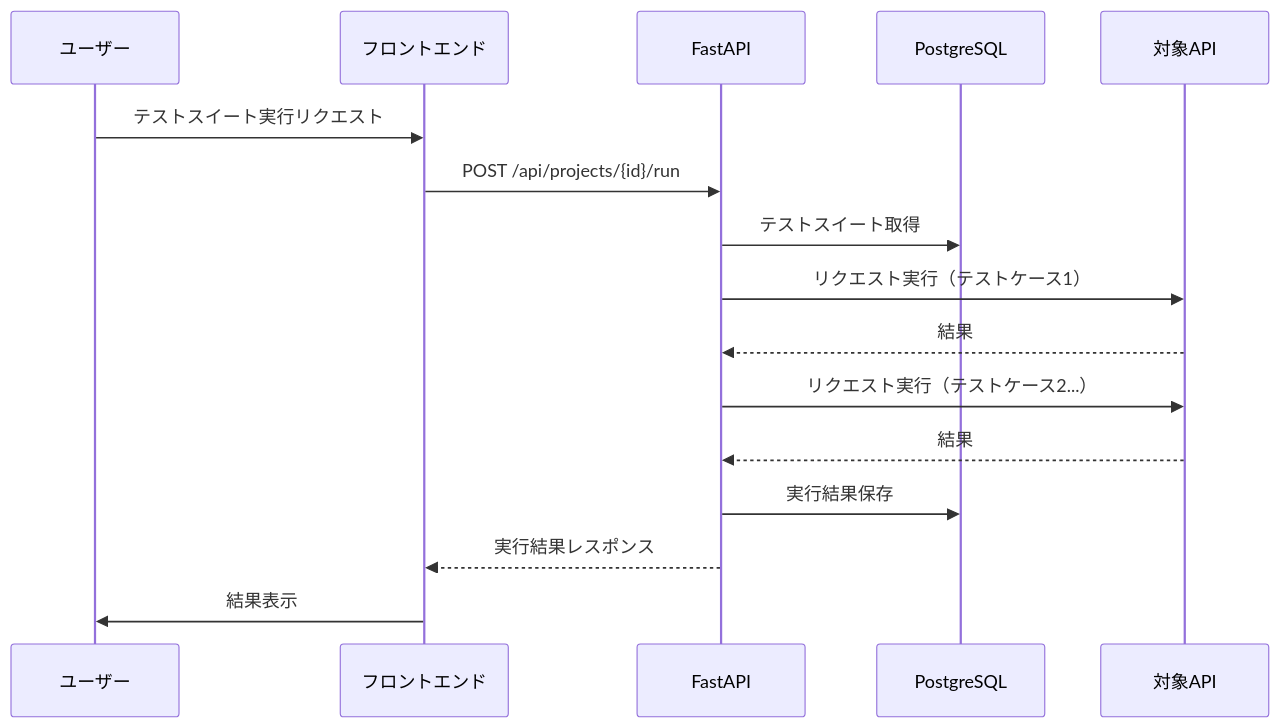
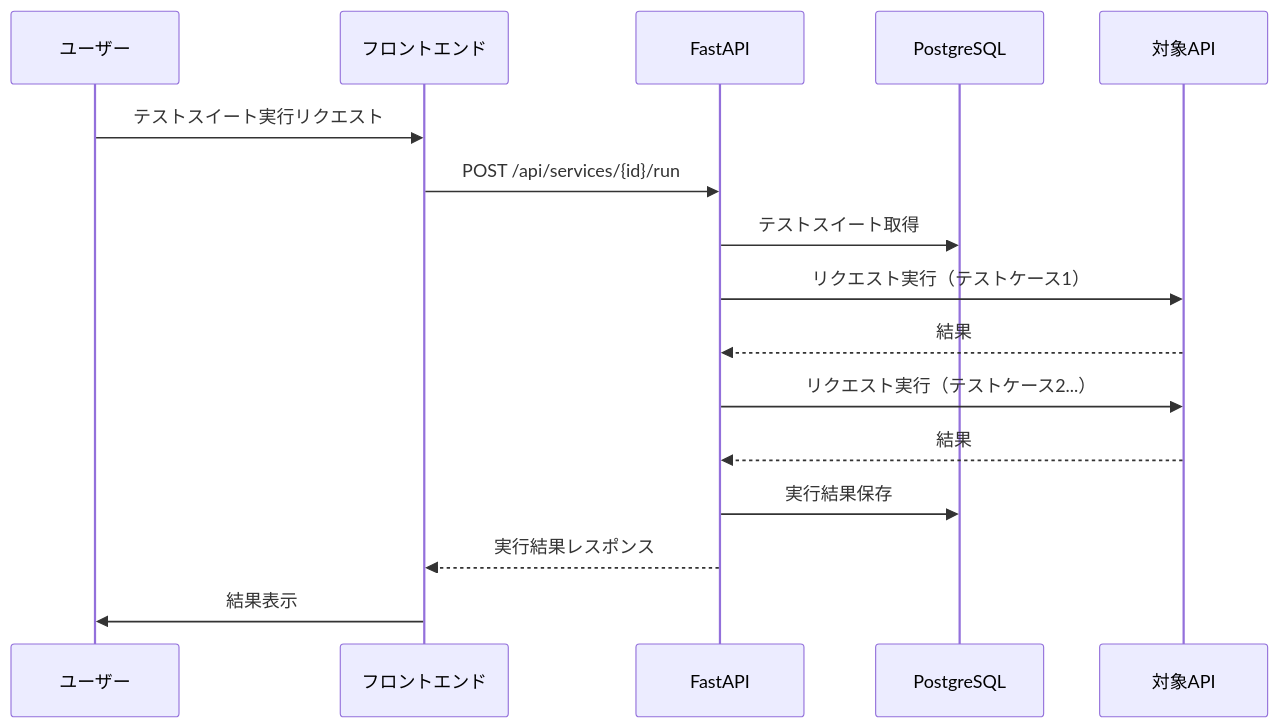
Before and after one commit to Pirikara/caseforge: the fourth of 6 diagrams in ARCHITECTURE.md, drawn with Mermaid. The commit also changed other lines of this file and 80 other files, not shown here.

````diff
--- a/ARCHITECTURE.md
+++ b/ARCHITECTURE.md
@@ -215,19 +215,19 @@
 ```mermaid
 sequenceDiagram
   participant User as ユーザー
   participant UI as フロントエンド
   participant API as FastAPI
   participant DB as PostgreSQL
   participant Target as 対象API
 
   User->>UI: テストスイート実行リクエスト
-  UI->>API: POST /api/projects/{id}/run
+  UI->>API: POST /api/services/{id}/run
   API->>DB: テストスイート取得
   API->>Target: リクエスト実行（テストケース1）
   Target-->>API: 結果
   API->>Target: リクエスト実行（テストケース2...）
   Target-->>API: 結果
   API->>DB: 実行結果保存
   API-->>UI: 実行結果レスポンス
   UI->>User: 結果表示
 ```
````
